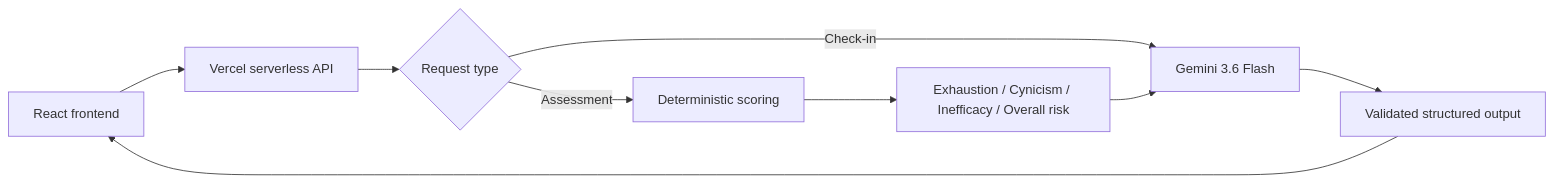
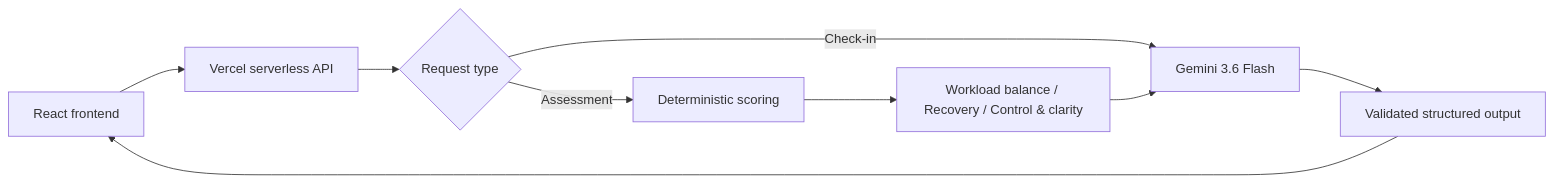
Before and after one commit to KonstantinKulbida/Resilience-ai: the diagram in README.md, drawn with Mermaid. The commit also changed other lines of this file and 1 other file, not shown here.

````diff
--- a/README.md
+++ b/README.md
@@ -46,11 +50,11 @@
 ```mermaid
 flowchart LR
     A[React frontend] --> B[Vercel serverless API]
     B --> C{Request type}
     C -->|Check-in| D[Gemini 3.6 Flash]
     C -->|Assessment| E[Deterministic scoring]
-    E --> F[Exhaustion / Cynicism / Inefficacy / Overall risk]
+    E --> F[Workload balance / Recovery / Control & clarity]
     F --> D
     D --> G[Validated structured output]
     G --> A
 ```
````
